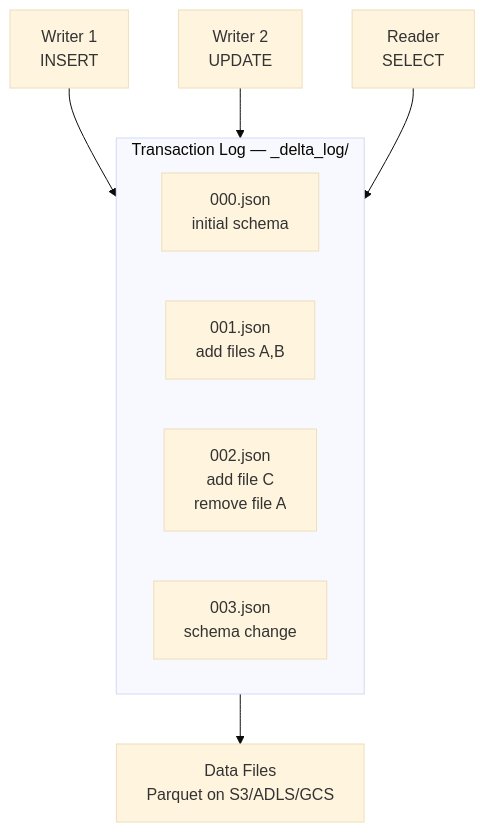
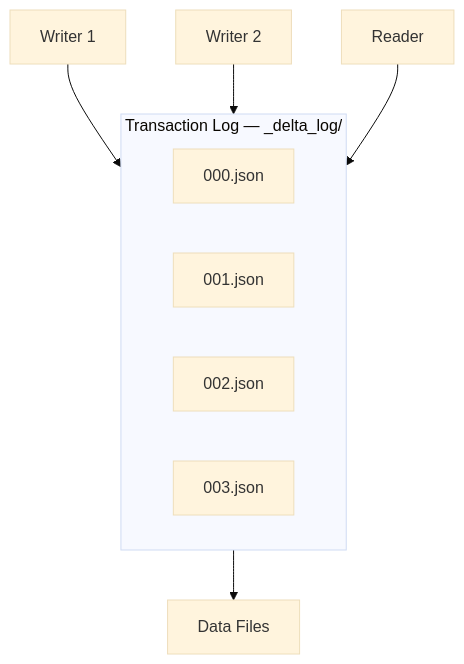
The diagram in 05-databricks/02-delta-lake-internals.md (gcmishra7/data-engineering-helper), drawn with Mermaid (base theme) before and after one commit. The commit also changed other lines of this file and 57 other files, not shown here.

First line of the commit message:
Shorten mermaid node labels to fix text truncation on GitHub

````diff
--- a/05-databricks/02-delta-lake-internals.md
+++ b/05-databricks/02-delta-lake-internals.md
@@ -8,15 +8,15 @@
 ```mermaid
 graph TD
-    W1[Writer 1<br/>INSERT] --> TL
-    W2[Writer 2<br/>UPDATE] --> TL
-    R1[Reader<br/>SELECT] --> TL
+    W1[Writer 1] --> TL
+    W2[Writer 2] --> TL
+    R1[Reader] --> TL
 
     subgraph TL[Transaction Log — _delta_log/]
-        C0[000.json<br/>initial schema]
-        C1[001.json<br/>add files A,B]
-        C2[002.json<br/>add file C<br/>remove file A]
-        C3[003.json<br/>schema change]
+        C0[000.json]
+        C1[001.json]
+        C2[002.json]
+        C3[003.json]
     end
 
-    TL --> D[Data Files<br/>Parquet on S3/ADLS/GCS]
+    TL --> D[Data Files]
 ```
````
